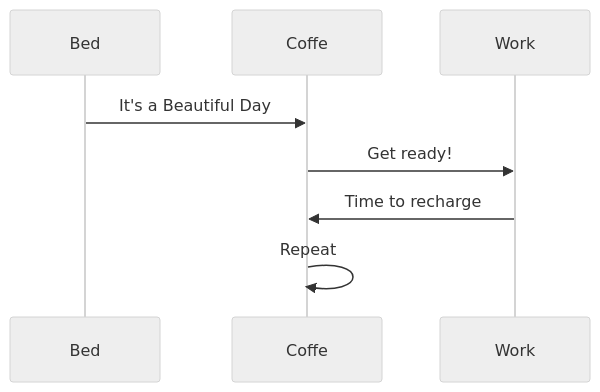
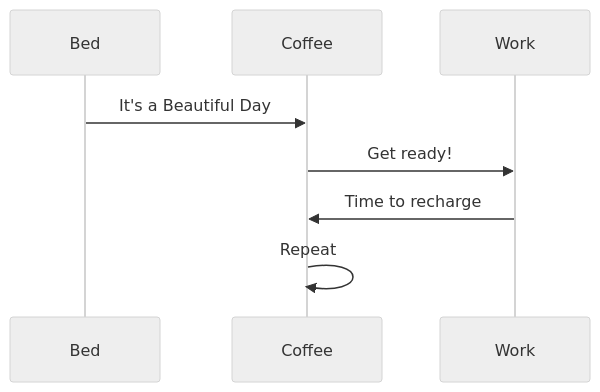
Before and after one commit to xandrade/alpha-api: the diagram in README.md, drawn with Mermaid (neutral theme).

````diff
--- a/README.md
+++ b/README.md
@@ -3,10 +3,10 @@
 ```mermaid
 sequenceDiagram
     participant Bed
-    participant Coffe
+    participant Coffee
     participant Work
-    Bed->>Coffe: It's a Beautiful Day
-    Coffe->>Work: Get ready!
-    Work->>Coffe: Time to recharge
-    Coffe->>Coffe: Repeat
+    Bed->>Coffee: It's a Beautiful Day
+    Coffee->>Work: Get ready!
+    Work->>Coffee: Time to recharge
+    Coffee->>Coffee: Repeat
 ```
````
